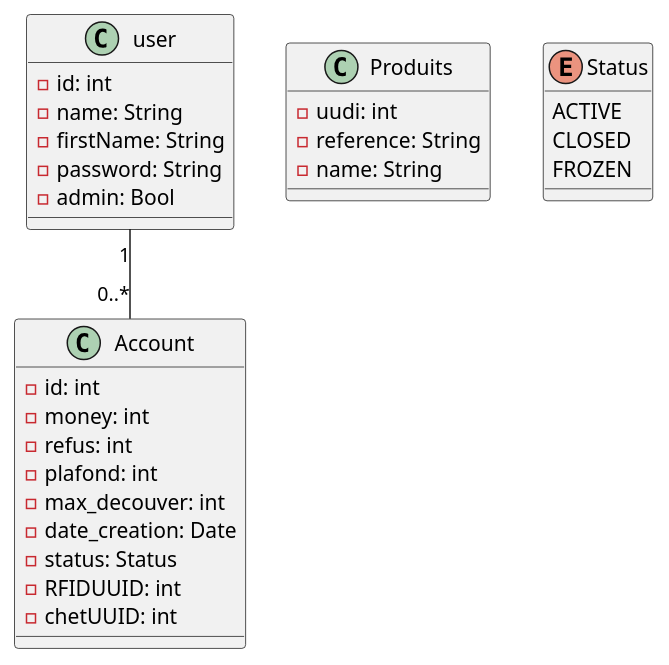
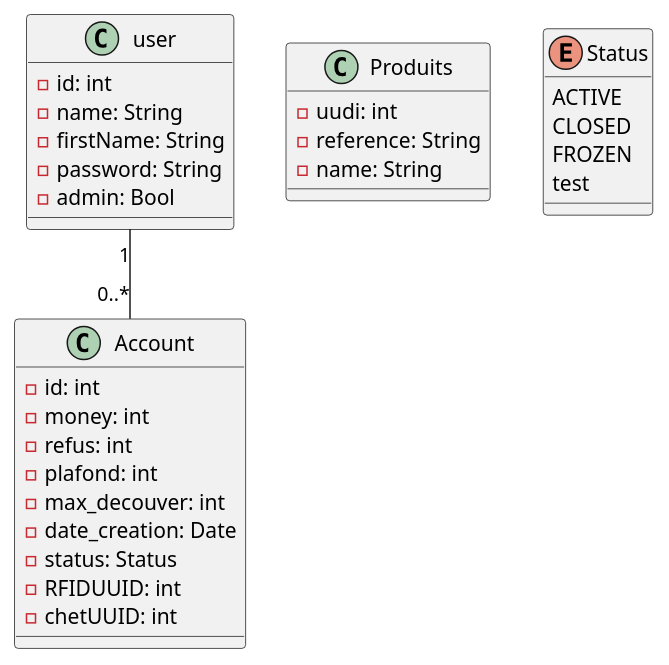
The diagram in diagram/class.puml (Msc1-NAN24/T-DEV-700), drawn with PlantUML before and after one commit.

Commit message:
add tempo test in digram

```diff
--- a/diagram/class.puml
+++ b/diagram/class.puml
@@ -1,39 +1,40 @@
 @startuml
 class user{
     -id: int
     -name: String
     -firstName: String
     -password: String
     -admin: Bool
 }
 
 class Account{
     -id: int
     -money: int
     -refus: int
     -plafond: int
     -max_decouver: int
     -date_creation: Date
     -status: Status
     -RFIDUUID: int
     -chetUUID: int
 }
 
 class Produits{
     -uudi: int
     -reference: String
     -name: String
 }
 
 
 enum Status{
     ACTIVE
     CLOSED
     FROZEN
+    test
 }
 
 user "1" -- "0..*" Account
 
 
 
 @enduml
```
